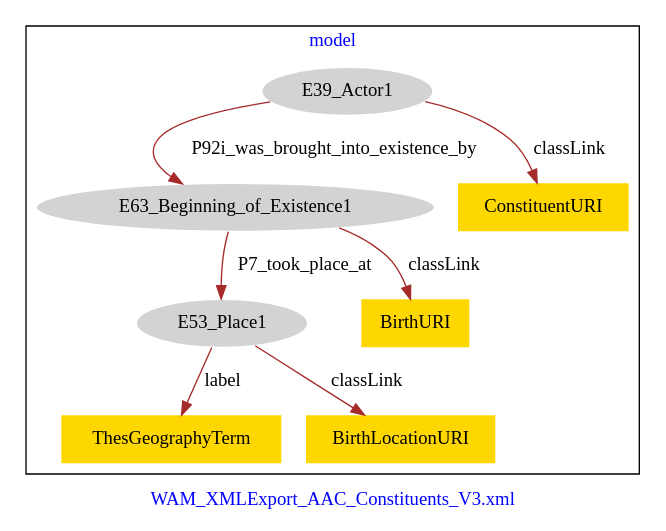
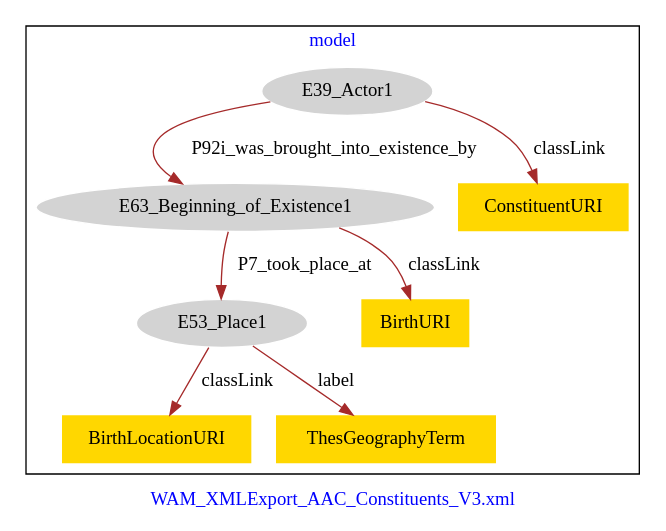
One commit to american-art/wam changed the diagram in WAM_AAC_Constituents_individual_birth/WAM_AAC_Constituents_individual_birth-model.dot. Above: the diagram before and after it, drawn with Graphviz.

Commit message:
Update file WAM_AAC_Constituents_individual_birth-model.dot

```diff
--- a/WAM_AAC_Constituents_individual_birth/WAM_AAC_Constituents_individual_birth-model.dot
+++ b/WAM_AAC_Constituents_individual_birth/WAM_AAC_Constituents_individual_birth-model.dot
@@ -1,21 +1,21 @@
 digraph n0 {
 fontcolor="blue"
 remincross="true"
 label="WAM_XMLExport_AAC_Constituents_V3.xml"
 subgraph cluster {
 label="model"
 n2[style="filled",color="white",fillcolor="lightgray",label="E39_Actor1"];
 n3[style="filled",color="white",fillcolor="lightgray",label="E63_Beginning_of_Existence1"];
 n4[style="filled",color="white",fillcolor="lightgray",label="E53_Place1"];
-n5[shape="plaintext",style="filled",fillcolor="gold",label="ThesGeographyTerm"];
-n6[shape="plaintext",style="filled",fillcolor="gold",label="BirthLocationURI"];
-n7[shape="plaintext",style="filled",fillcolor="gold",label="ConstituentURI"];
-n8[shape="plaintext",style="filled",fillcolor="gold",label="BirthURI"];
+n5[shape="plaintext",style="filled",fillcolor="gold",label="BirthLocationURI"];
+n6[shape="plaintext",style="filled",fillcolor="gold",label="ThesGeographyTerm"];
+n7[shape="plaintext",style="filled",fillcolor="gold",label="BirthURI"];
+n8[shape="plaintext",style="filled",fillcolor="gold",label="ConstituentURI"];
 }
 n2 -> n3[color="brown",fontcolor="black",label="P92i_was_brought_into_existence_by"]
 n3 -> n4[color="brown",fontcolor="black",label="P7_took_place_at"]
-n4 -> n5[color="brown",fontcolor="black",label="label"]
-n4 -> n6[color="brown",fontcolor="black",label="classLink"]
-n2 -> n7[color="brown",fontcolor="black",label="classLink"]
-n3 -> n8[color="brown",fontcolor="black",label="classLink"]
+n4 -> n5[color="brown",fontcolor="black",label="classLink"]
+n4 -> n6[color="brown",fontcolor="black",label="label"]
+n3 -> n7[color="brown",fontcolor="black",label="classLink"]
+n2 -> n8[color="brown",fontcolor="black",label="classLink"]
 }
```
